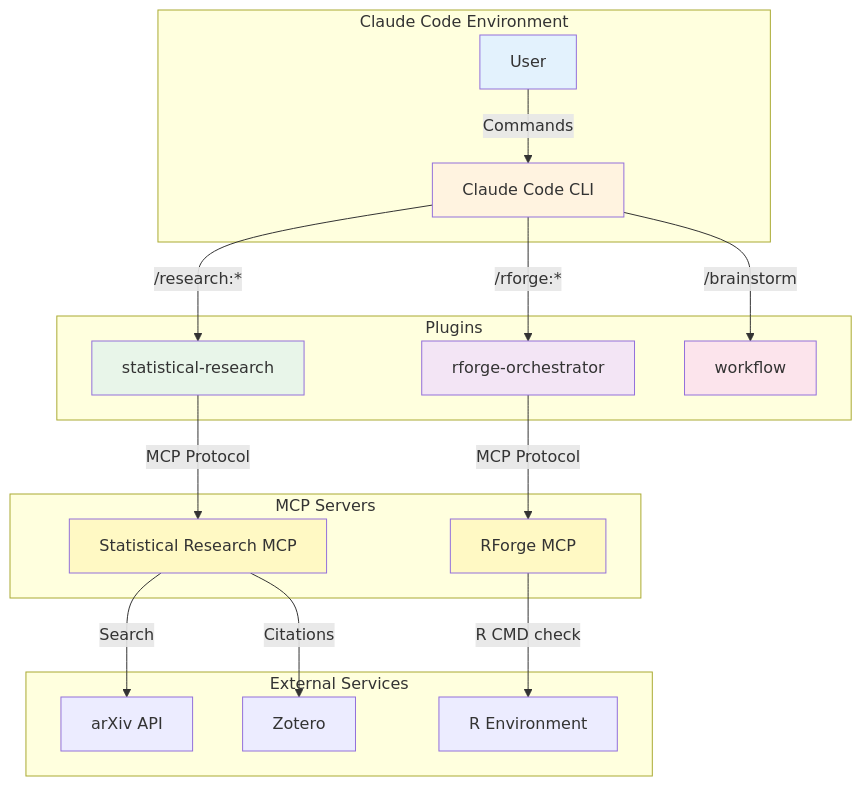
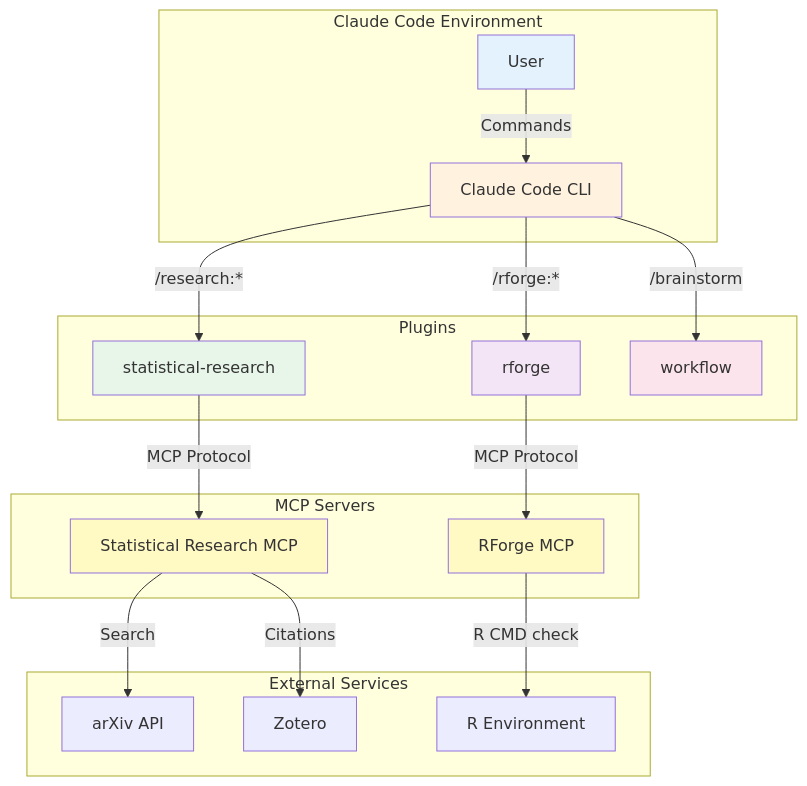
One commit to Data-Wise/claude-plugins changed the diagram in docs/diagrams/ECOSYSTEM.md. Above: the diagram before and after it, drawn with Mermaid. The commit also changed 67 other files, not shown here.

````diff
--- a/docs/diagrams/ECOSYSTEM.md
+++ b/docs/diagrams/ECOSYSTEM.md
@@ -7,44 +7,44 @@
 ```mermaid
 graph TB
     subgraph "Claude Code Environment"
         USER[User]
         CLAUDE[Claude Code CLI]
     end
 
     subgraph "Plugins"
-        RFORGE[rforge-orchestrator]
+        RFORGE[rforge]
         RESEARCH[statistical-research]
         WORKFLOW[workflow]
     end
 
     subgraph "MCP Servers"
         RFORGE_MCP[RForge MCP]
         STAT_MCP[Statistical Research MCP]
     end
 
     subgraph "External Services"
         ARXIV[arXiv API]
         ZOTERO[Zotero]
         R[R Environment]
     end
 
     USER -->|Commands| CLAUDE
     CLAUDE -->|/rforge:*| RFORGE
     CLAUDE -->|/research:*| RESEARCH
     CLAUDE -->|/brainstorm| WORKFLOW
 
     RFORGE -->|MCP Protocol| RFORGE_MCP
     RESEARCH -->|MCP Protocol| STAT_MCP
 
     RFORGE_MCP -->|R CMD check| R
     STAT_MCP -->|Search| ARXIV
     STAT_MCP -->|Citations| ZOTERO
 
     style USER fill:#e3f2fd
     style CLAUDE fill:#fff3e0
     style RFORGE fill:#f3e5f5
     style RESEARCH fill:#e8f5e9
     style WORKFLOW fill:#fce4ec
     style RFORGE_MCP fill:#fff9c4
     style STAT_MCP fill:#fff9c4
 ```
````
